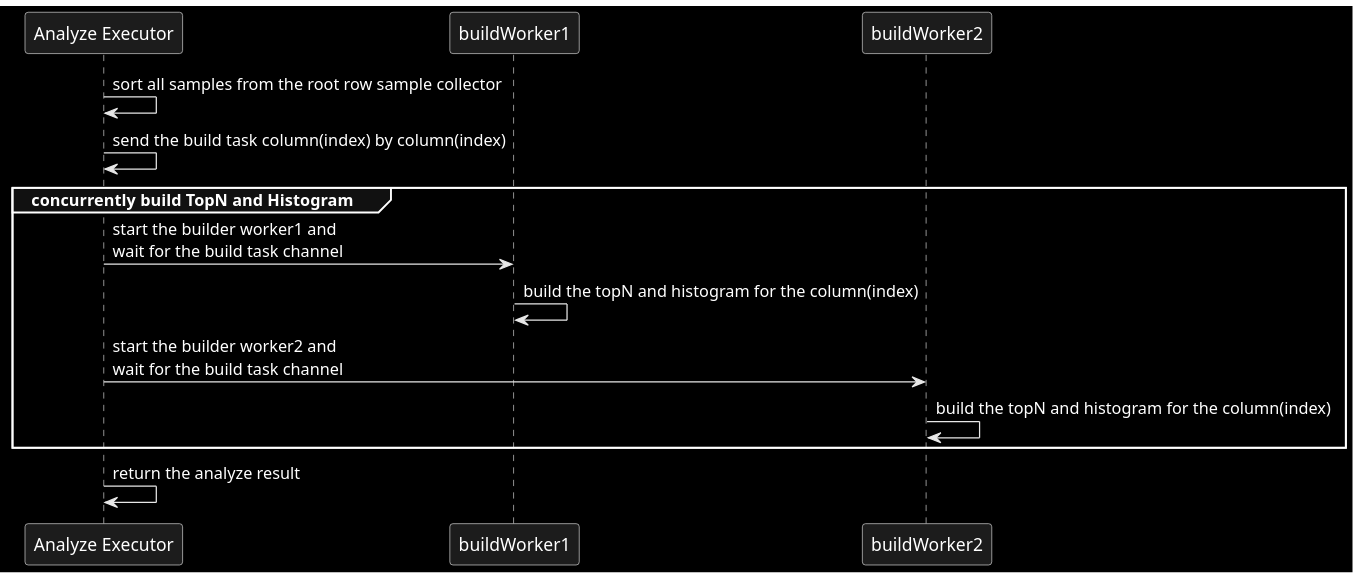
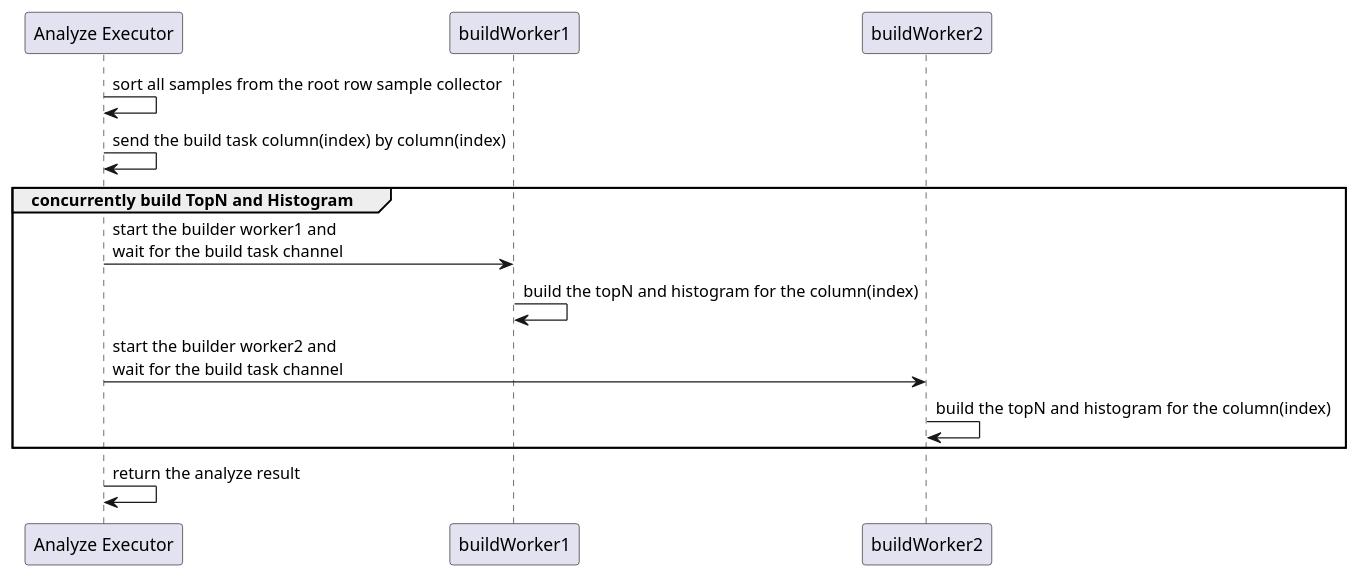
One commit to Rustin170506/tidb-analyze.slide changed the sixth of 8 diagrams in slides.md. Above: the diagram before and after it, drawn with PlantUML. The commit also changed other lines of this file, not shown here.

````diff
--- a/slides.md
+++ b/slides.md
@@ -673,16 +672,16 @@
 ```plantuml
 @startuml
 
-skinparam monochrome reverse
+
 
 "Analyze Executor" as AE -> AE: sort all samples from the root row sample collector
 AE -> AE: send the build task column(index) by column(index)
 group concurrently build TopN and Histogram
   AE -> buildWorker1: start the builder worker1 and \nwait for the build task channel
   buildWorker1 -> buildWorker1: build the topN and histogram for the column(index)
   AE -> buildWorker2: start the builder worker2 and \nwait for the build task channel
   buildWorker2 -> buildWorker2: build the topN and histogram for the column(index)
 end
 AE -> AE: return the analyze result
 @enduml
 ```
````
